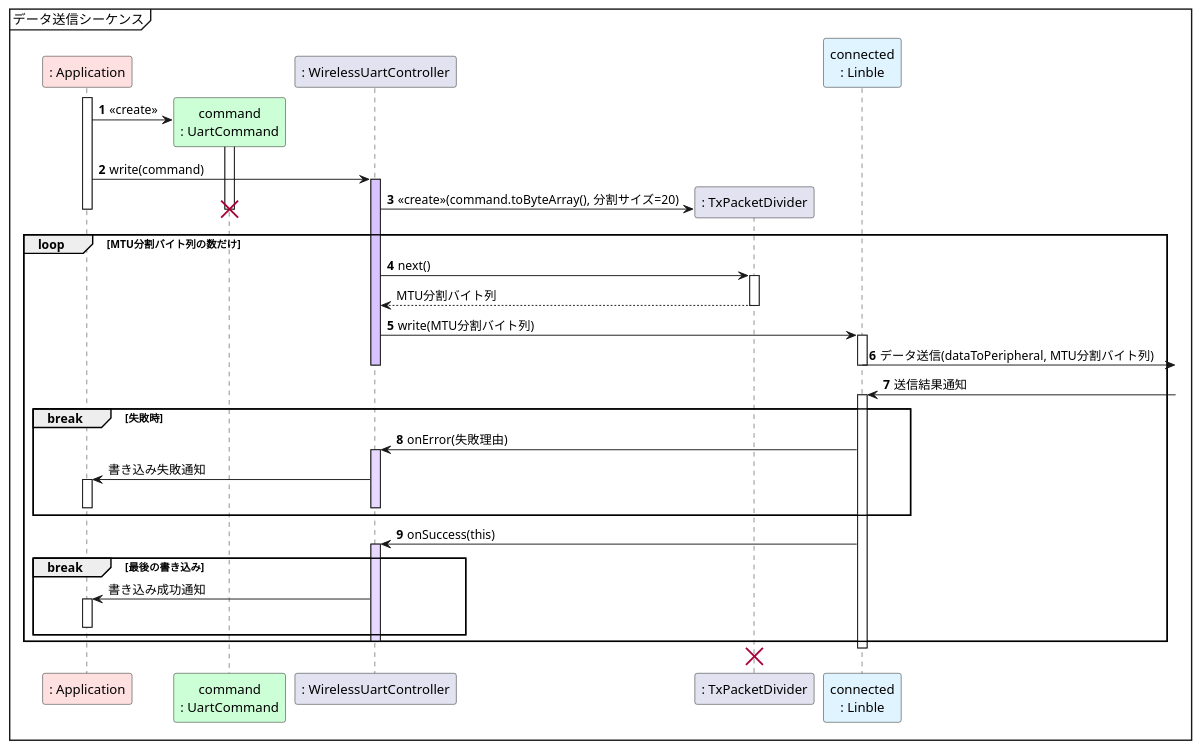
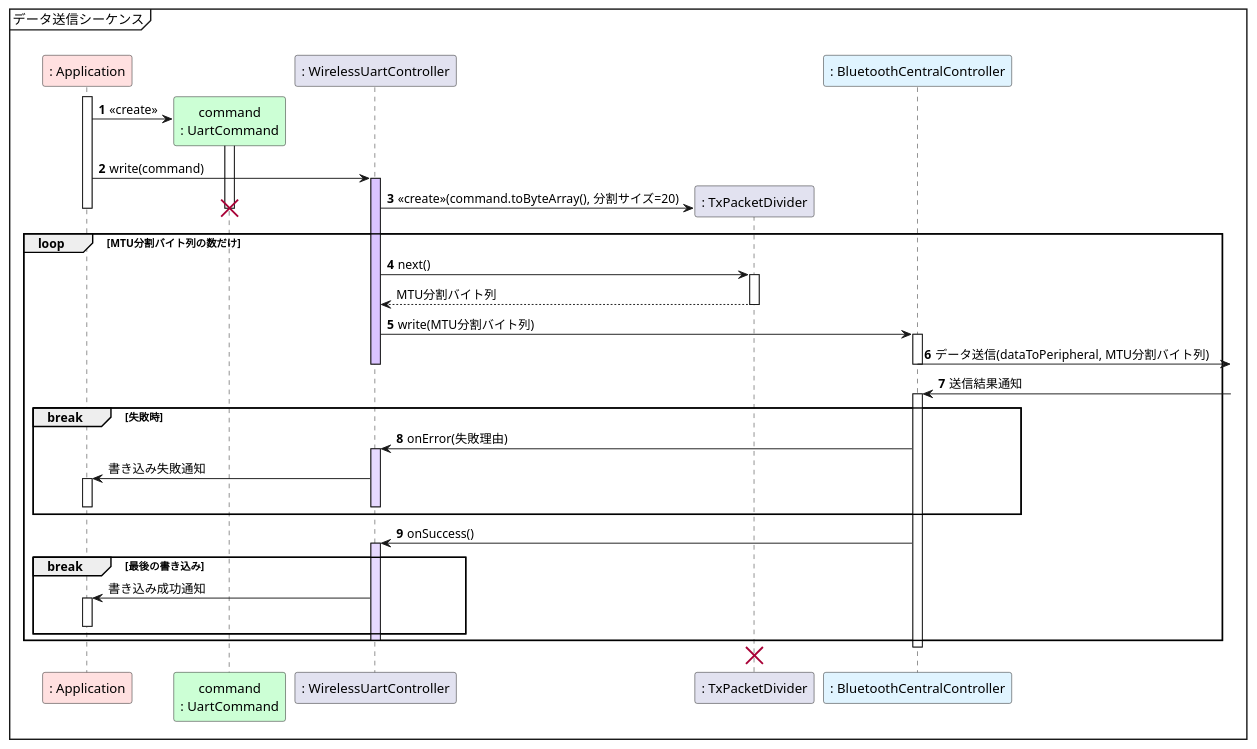
The ninth of 16 diagrams in plantuml.md (musen-connect-inc/linble-sample-wireless-uart), drawn with PlantUML before and after one commit. The commit also changed other lines of this file and 29 other files, not shown here.

````diff
--- a/plantuml.md
+++ b/plantuml.md
@@ -384,81 +347,81 @@
 ```plantuml
 @startuml sequence_send_write_request
 
 mainframe データ送信シーケンス
 
 participant ": Application" as Application #ffe0e0
 participant "command\n: UartCommand" as UartCommand #ccffd5
 participant ": WirelessUartController" as WirelessUartController
 participant ": TxPacketDivider" as TxPacketDivider
-participant "connected\n: Linble" as Linble #e0f4ff
+participant ": BluetoothCentralController" as BluetoothCentralController #e0f4ff
 
 autonumber
 
 activate Application
 
 create UartCommand
 Application -> UartCommand: <<create>>
 activate UartCommand
 
 Application -> WirelessUartController: write(command)
 
 activate WirelessUartController #dac4ff
 
 create TxPacketDivider
 WirelessUartController -> TxPacketDivider: <<create>>(command.toByteArray(), 分割サイズ=20)
 
 destroy UartCommand
 deactivate Application
 
 loop MTU分割バイト列の数だけ
 
 WirelessUartController -> TxPacketDivider: next()
 activate TxPacketDivider
 
 autonumber stop
 return MTU分割バイト列
 autonumber resume
 
-WirelessUartController -> Linble: write(MTU分割バイト列)
-activate Linble
-Linble ->]: データ送信(dataToPeripheral, MTU分割バイト列)
-deactivate Linble
+WirelessUartController -> BluetoothCentralController: write(MTU分割バイト列)
+activate BluetoothCentralController
+BluetoothCentralController ->]: データ送信(dataToPeripheral, MTU分割バイト列)
+deactivate BluetoothCentralController
 
 deactivate WirelessUartController
 
-Linble <-]: 送信結果通知
-activate Linble
+BluetoothCentralController <-]: 送信結果通知
+activate BluetoothCentralController
 
 break 失敗時
 
-WirelessUartController <- Linble: onError(失敗理由)
+WirelessUartController <- BluetoothCentralController: onError(失敗理由)
 activate WirelessUartController #e7d9ff
 autonumber stop
 Application <- WirelessUartController: 書き込み失敗通知
 activate Application
 deactivate Application
 autonumber resume
 deactivate WirelessUartController
 
 end
 
-WirelessUartController <- Linble: onSuccess(this)
+WirelessUartController <- BluetoothCentralController: onSuccess()
 activate WirelessUartController #e7d9ff
 
 break 最後の書き込み
 autonumber stop
 Application <- WirelessUartController: 書き込み成功通知
 activate Application
 deactivate Application
 autonumber resume
 end
 
 deactivate WirelessUartController
 
 end
 
-deactivate Linble
+deactivate BluetoothCentralController
 destroy TxPacketDivider
 
 @enduml
 ```
````
